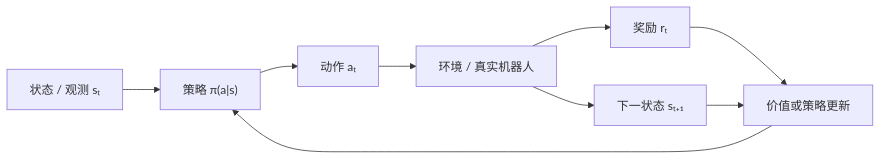
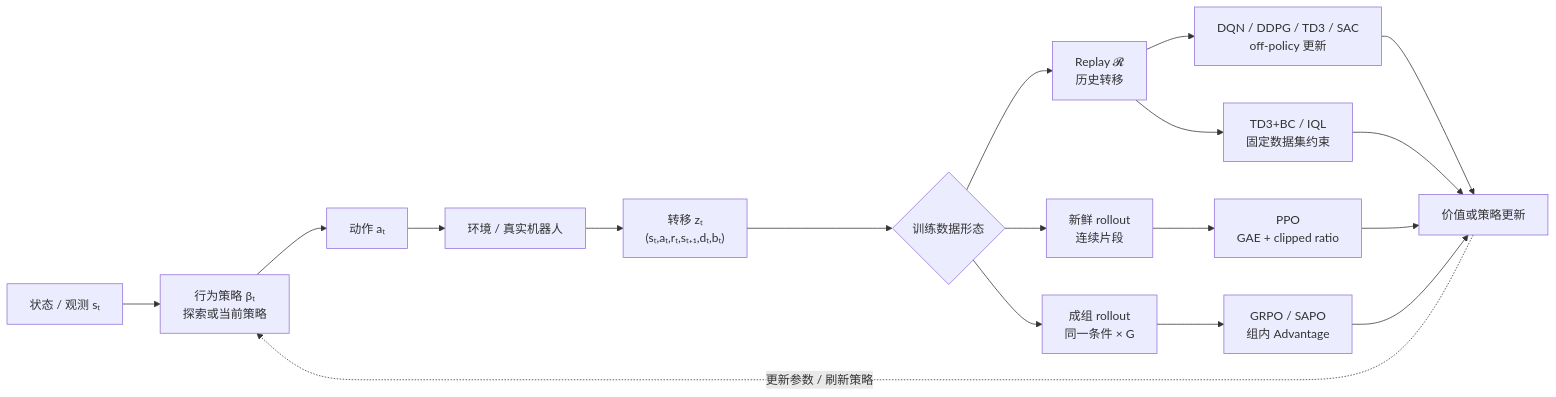
One commit to Faraday-2024/Embodied-AI-Start changed the sixth of 7 diagrams in docs/knowledge-map.md. Above: the diagram before and after it, drawn with Mermaid. The commit also changed 2 other files, not shown here.

Commit message:
docs: update reinforcement learning diagrams

````diff
--- a/docs/knowledge-map.md
+++ b/docs/knowledge-map.md
@@ -172,11 +172,22 @@
 ```mermaid
 flowchart LR
-    S["状态 / 观测 sₜ"] --> PI["策略 π(a|s)"]
-    PI --> A["动作 aₜ"]
+    S["状态 / 观测 sₜ"] --> BETA["行为策略 βₜ<br/>探索或当前策略"]
+    BETA --> A["动作 aₜ"]
     A --> ENV["环境 / 真实机器人"]
-    ENV --> R["奖励 rₜ"]
-    ENV --> S2["下一状态 sₜ₊₁"]
-    R --> UPDATE["价值或策略更新"]
-    S2 --> UPDATE
-    UPDATE --> PI
+    ENV --> TRANS["转移 zₜ<br/>(sₜ,aₜ,rₜ,sₜ₊₁,dₜ,bₜ)"]
+    TRANS --> SOURCE{"训练数据形态"}
+    SOURCE --> REPLAY["Replay 𝓡<br/>历史转移"]
+    SOURCE --> ROLL["新鲜 rollout<br/>连续片段"]
+    SOURCE --> GROUP["成组 rollout<br/>同一条件 × G"]
+
+    REPLAY --> OFFPOL["DQN / DDPG / TD3 / SAC<br/>off-policy 更新"]
+    REPLAY --> OFFLINE["TD3+BC / IQL<br/>固定数据集约束"]
+    ROLL --> PPO["PPO<br/>GAE + clipped ratio"]
+    GROUP --> POST["GRPO / SAPO<br/>组内 Advantage"]
+
+    OFFPOL --> UPDATE["价值或策略更新"]
+    OFFLINE --> UPDATE
+    PPO --> UPDATE
+    POST --> UPDATE
+    UPDATE -. "更新参数 / 刷新策略" .-> BETA
 ```
````
